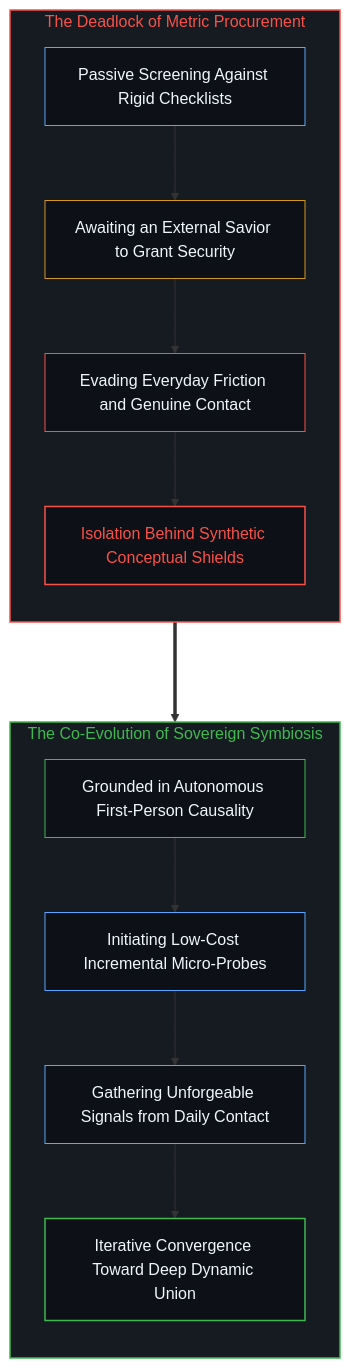
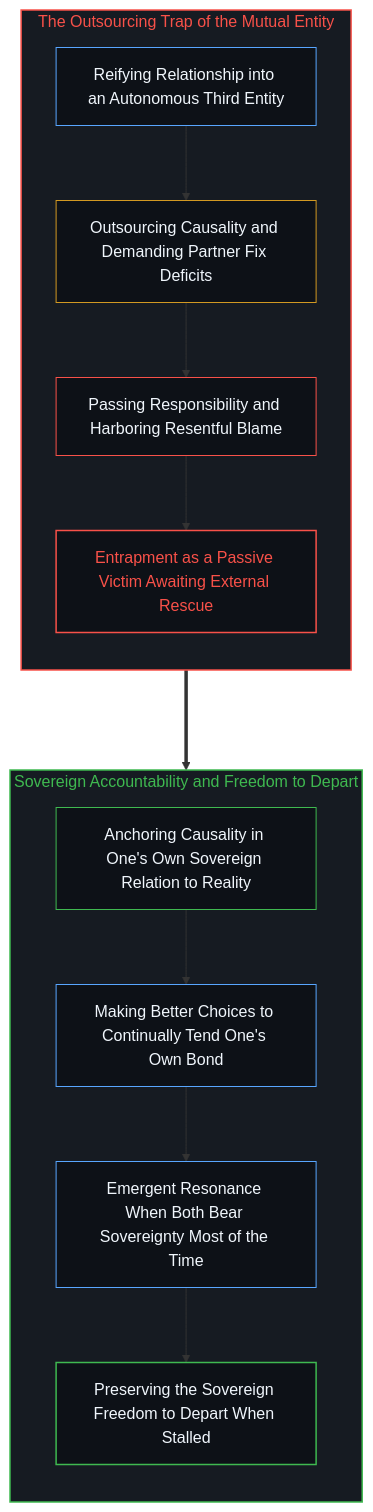
Before and after one commit to powerpig99/not-a-toe: the tenth of 10 diagrams in content/posts/the-causal-inversion-of-partnership.md, drawn with Mermaid. The commit also changed other lines of this file and 3 other files, not shown here.

Commit message:
Refine Post #335: Dissolve the shared relationship illusion and assert sovereign agency and freedom to move on

````diff
--- a/content/posts/the-causal-inversion-of-partnership.md
+++ b/content/posts/the-causal-inversion-of-partnership.md
@@ -333,29 +337,29 @@
 ```mermaid
 graph TD
-    subgraph S_ProcureDeadlock_EN ["The Deadlock of Metric Procurement"]
+    subgraph S_OutsourceTrap_EN ["The Outsourcing Trap of the Mutual Entity"]
         direction TB
-        ME_Wait["Passive Screening Against Rigid Checklists"] --> ME_Fantasy["Awaiting an External Savior to Grant Security"]
-        ME_Fantasy --> ME_Severance["Evading Everyday Friction and Genuine Contact"]
-        ME_Severance --> ME_Isolation["Isolation Behind Synthetic Conceptual Shields"]
+        OE_Reify["Reifying Relationship into an Autonomous Third Entity"] --> OE_Outsource["Outsourcing Causality and Demanding Partner Fix Deficits"]
+        OE_Outsource --> OE_Blame["Passing Responsibility and Harboring Resentful Blame"]
+        OE_Blame --> OE_Victim["Entrapment as a Passive Victim Awaiting External Rescue"]
     end
 
-    subgraph S_SymbiosisSynergy_EN ["The Co-Evolution of Sovereign Symbiosis"]
+    subgraph S_SovereignFreedom_EN ["Sovereign Accountability and Freedom to Depart"]
         direction TB
-        CE_Ground["Grounded in Autonomous First-Person Causality"] --> CE_Probe["Initiating Low-Cost Incremental Micro-Probes"]
-        CE_Probe --> CE_Gradient["Gathering Unforgeable Signals from Daily Contact"]
-        CE_Gradient --> CE_Convergence["Iterative Convergence Toward Deep Dynamic Union"]
+        SE_Anchor["Anchoring Causality in One's Own Sovereign Relation to Reality"] --> SE_Action["Making Better Choices to Continually Tend One's Own Bond"]
+        SE_Action --> SE_Emergence["Emergent Resonance When Both Bear Sovereignty Most of the Time"]
+        SE_Emergence --> SE_Freedom["Preserving the Sovereign Freedom to Depart When Stalled"]
     end
 
-    ME_Isolation ===> CE_Ground
+    OE_Victim ===> SE_Anchor
 
-    style S_ProcureDeadlock_EN fill:#161b22,stroke:#f85149,stroke-width:1.5px,color:#f85149
-    style S_SymbiosisSynergy_EN fill:#161b22,stroke:#3fb950,stroke-width:1.5px,color:#3fb950
-    style ME_Wait fill:#0d1117,stroke:#58a6ff,stroke-width:1px,color:#f0f6fc
-    style ME_Fantasy fill:#0d1117,stroke:#d29922,stroke-width:1px,color:#f0f6fc
-    style ME_Severance fill:#0d1117,stroke:#f85149,stroke-width:1px,color:#f0f6fc
-    style ME_Isolation fill:#0d1117,stroke:#f85149,stroke-width:1.5px,color:#f85149
-    style CE_Ground fill:#0d1117,stroke:#3fb950,stroke-width:1px,color:#f0f6fc
-    style CE_Probe fill:#0d1117,stroke:#58a6ff,stroke-width:1px,color:#f0f6fc
-    style CE_Gradient fill:#0d1117,stroke:#58a6ff,stroke-width:1px,color:#f0f6fc
-    style CE_Convergence fill:#0d1117,stroke:#3fb950,stroke-width:1.5px,color:#f0f6fc
+    style S_OutsourceTrap_EN fill:#161b22,stroke:#f85149,stroke-width:1.5px,color:#f85149
+    style S_SovereignFreedom_EN fill:#161b22,stroke:#3fb950,stroke-width:1.5px,color:#3fb950
+    style OE_Reify fill:#0d1117,stroke:#58a6ff,stroke-width:1px,color:#f0f6fc
+    style OE_Outsource fill:#0d1117,stroke:#d29922,stroke-width:1px,color:#f0f6fc
+    style OE_Blame fill:#0d1117,stroke:#f85149,stroke-width:1px,color:#f0f6fc
+    style OE_Victim fill:#0d1117,stroke:#f85149,stroke-width:1.5px,color:#f85149
+    style SE_Anchor fill:#0d1117,stroke:#3fb950,stroke-width:1px,color:#f0f6fc
+    style SE_Action fill:#0d1117,stroke:#58a6ff,stroke-width:1px,color:#f0f6fc
+    style SE_Emergence fill:#0d1117,stroke:#58a6ff,stroke-width:1px,color:#f0f6fc
+    style SE_Freedom fill:#0d1117,stroke:#3fb950,stroke-width:1.5px,color:#f0f6fc
 ```
````
